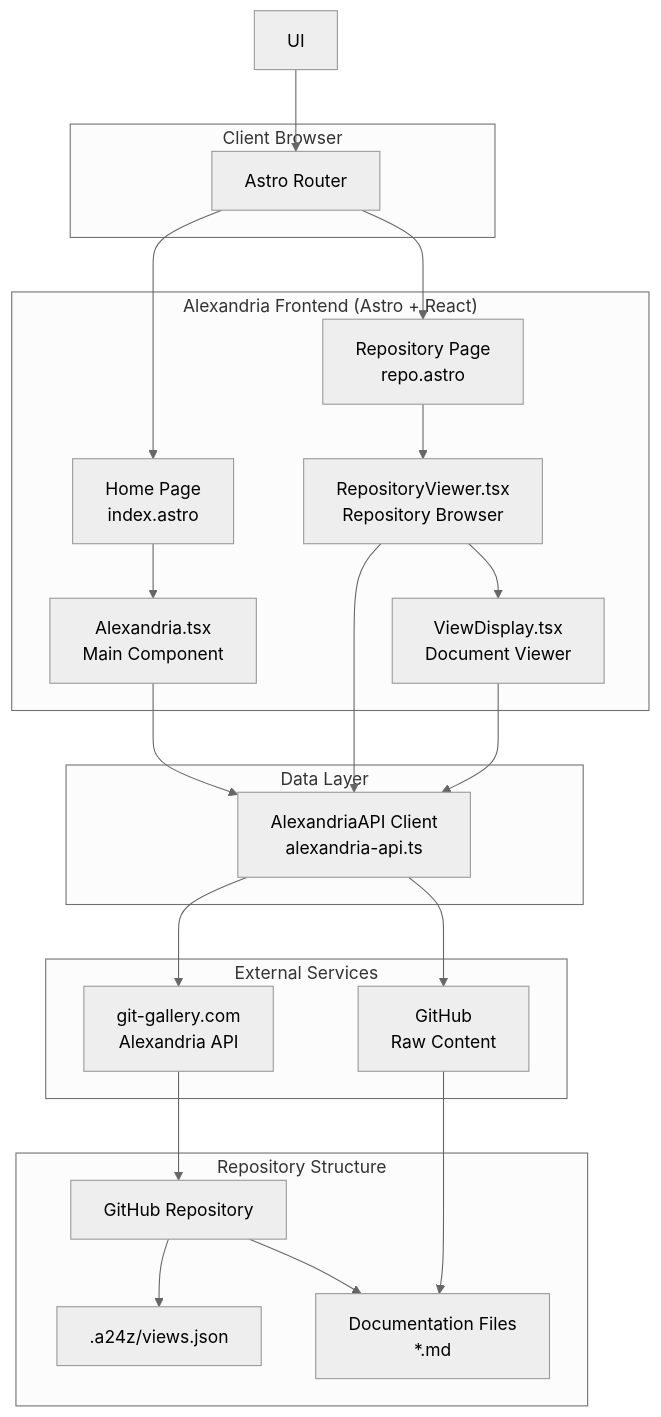
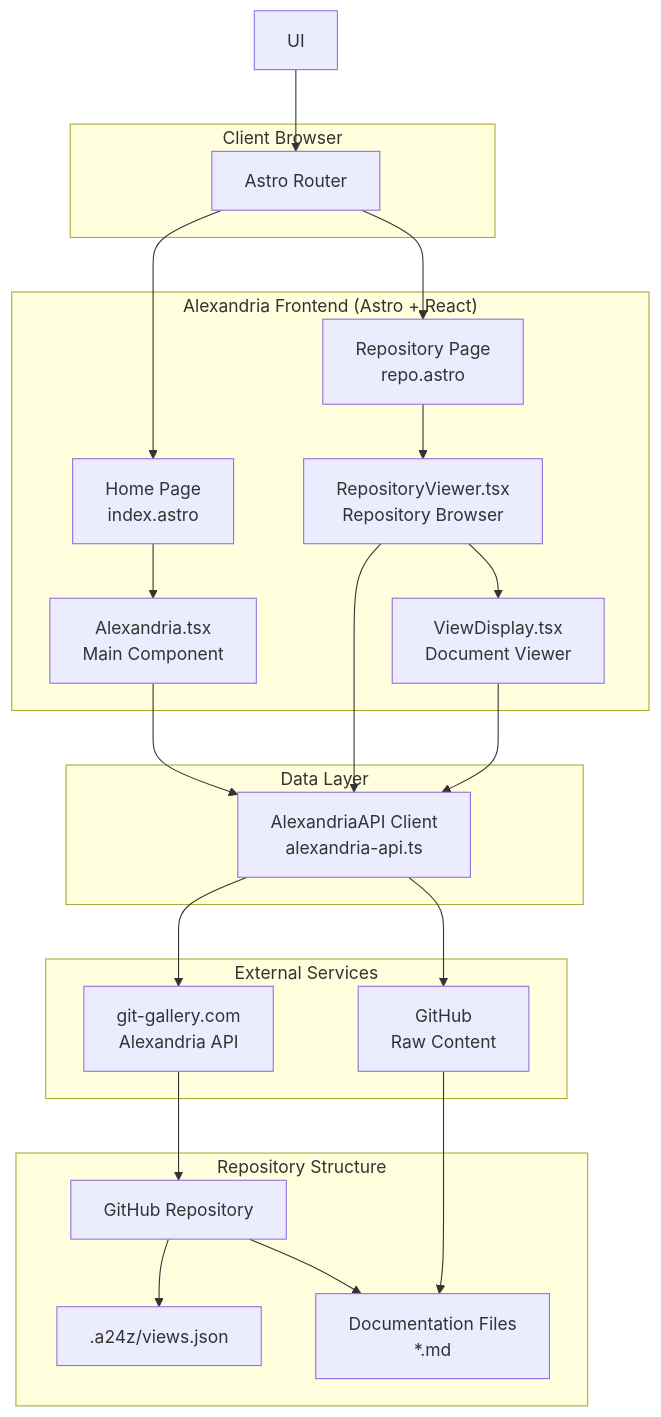
The first of 3 diagrams in docs/ARCHITECTURE.md (a24z-ai/Alexandria), drawn with Mermaid before and after one commit. The commit also changed 3 other files, not shown here.

First line of the commit message:
Fix Mermaid diagram colors and update themed-markdown to v0.1.8

````diff
--- a/docs/ARCHITECTURE.md
+++ b/docs/ARCHITECTURE.md
@@ -7,51 +7,50 @@
 ```mermaid
-%%{init: {'theme': 'neutral'}}%%
 graph
     subgraph "Client Browser"
         Router[Astro Router]
     end
     
     subgraph "Alexandria Frontend (Astro + React)"
         HomePage[Home Page<br/>index.astro]
         RepoPage[Repository Page<br/>repo.astro]
         
         Alexandria[Alexandria.tsx<br/>Main Component]
         RepoViewer[RepositoryViewer.tsx<br/>Repository Browser]
         ViewDisplay[ViewDisplay.tsx<br/>Document Viewer]
         
         HomePage --> Alexandria
         RepoPage --> RepoViewer
         RepoViewer --> ViewDisplay
     end
     
     subgraph "Data Layer"
         API[AlexandriaAPI Client<br/>alexandria-api.ts]
         Alexandria --> API
         RepoViewer --> API
         ViewDisplay --> API
     end
     
     subgraph "External Services"
         GitGallery[git-gallery.com<br/>Alexandria API]
         GitHub[GitHub<br/>Raw Content]
         
         API --> GitGallery
         API --> GitHub
     end
     
     subgraph "Repository Structure"
         GitRepo[GitHub Repository]
         ViewsJSON[.a24z/views.json]
         Docs[Documentation Files<br/>*.md]
         
         GitRepo --> ViewsJSON
         GitRepo --> Docs
     end
     
     GitGallery --> GitRepo
     GitHub --> Docs
     
     UI --> Router
     Router --> HomePage
     Router --> RepoPage
 ```
````
